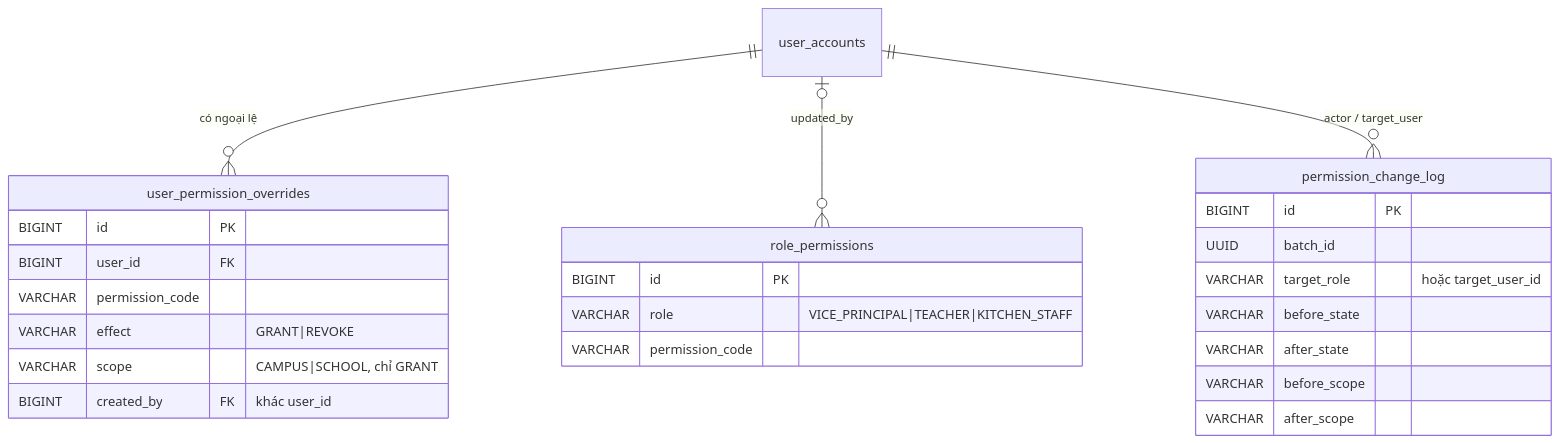
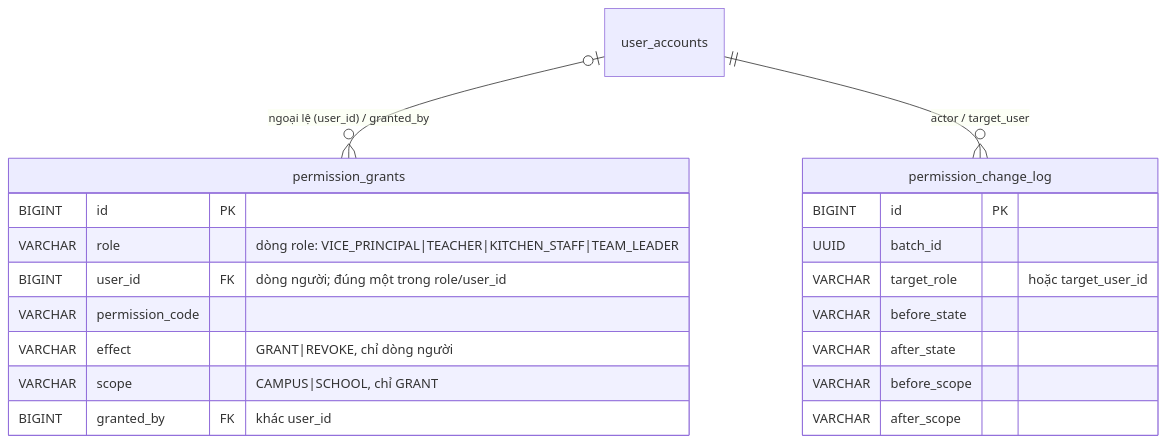
Before and after one commit to thang-04/CareNest_BE: the fourth of 4 diagrams in docs/database/ERD.md, drawn with Mermaid. The commit also changed other lines of this file and 30 other files, not shown here.

````diff
--- a/docs/database/ERD.md
+++ b/docs/database/ERD.md
@@ -159,29 +152,24 @@
 ```mermaid
 erDiagram
-    user_accounts ||--o{ user_permission_overrides : "có ngoại lệ"
-    user_accounts |o--o{ role_permissions : "updated_by"
+    user_accounts |o--o{ permission_grants : "ngoại lệ (user_id) / granted_by"
     user_accounts ||--o{ permission_change_log : "actor / target_user"
 
-    role_permissions {
+    permission_grants {
         BIGINT id PK
-        VARCHAR role "VICE_PRINCIPAL|TEACHER|KITCHEN_STAFF"
+        VARCHAR role "dòng role: VICE_PRINCIPAL|TEACHER|KITCHEN_STAFF|TEAM_LEADER"
+        BIGINT user_id FK "dòng người; đúng một trong role/user_id"
         VARCHAR permission_code
-    }
-    user_permission_overrides {
-        BIGINT id PK
-        BIGINT user_id FK
-        VARCHAR permission_code
-        VARCHAR effect "GRANT|REVOKE"
+        VARCHAR effect "GRANT|REVOKE, chỉ dòng người"
         VARCHAR scope "CAMPUS|SCHOOL, chỉ GRANT"
-        BIGINT created_by FK "khác user_id"
+        BIGINT granted_by FK "khác user_id"
     }
     permission_change_log {
         BIGINT id PK
         UUID batch_id
         VARCHAR target_role "hoặc target_user_id"
         VARCHAR before_state
         VARCHAR after_state
         VARCHAR before_scope
         VARCHAR after_scope
     }
 ```
````
